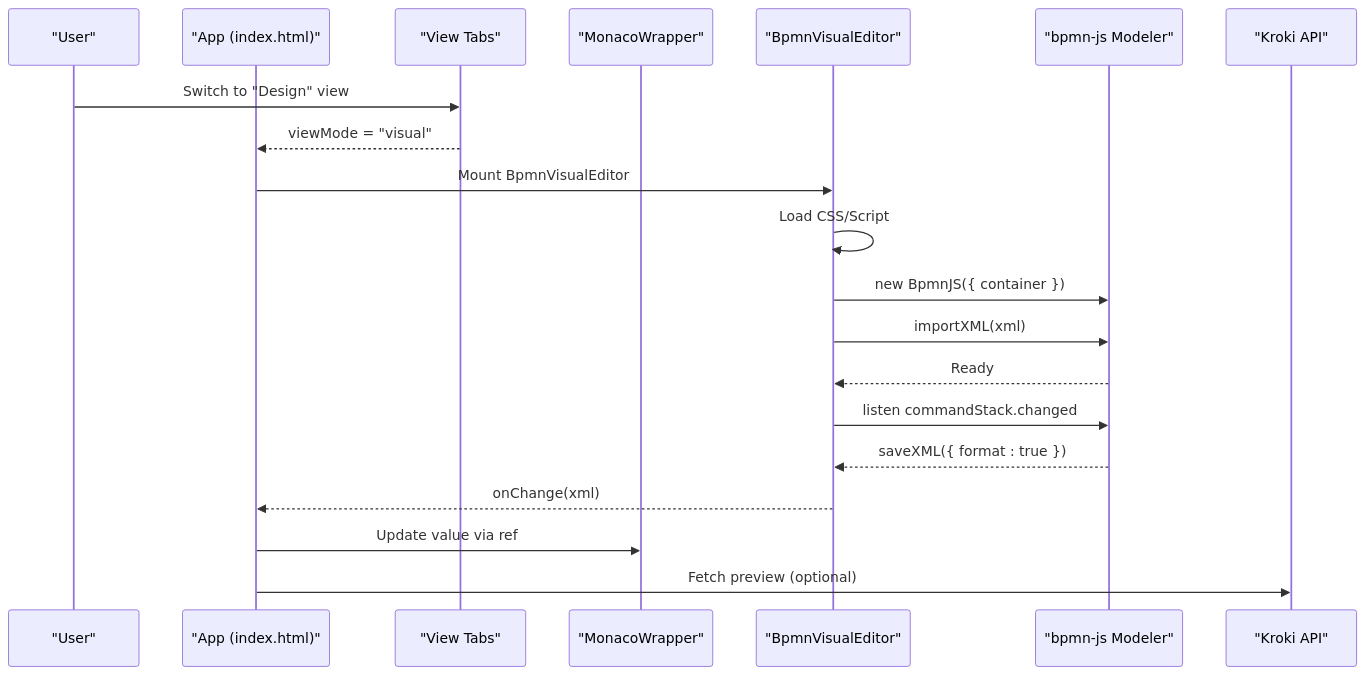
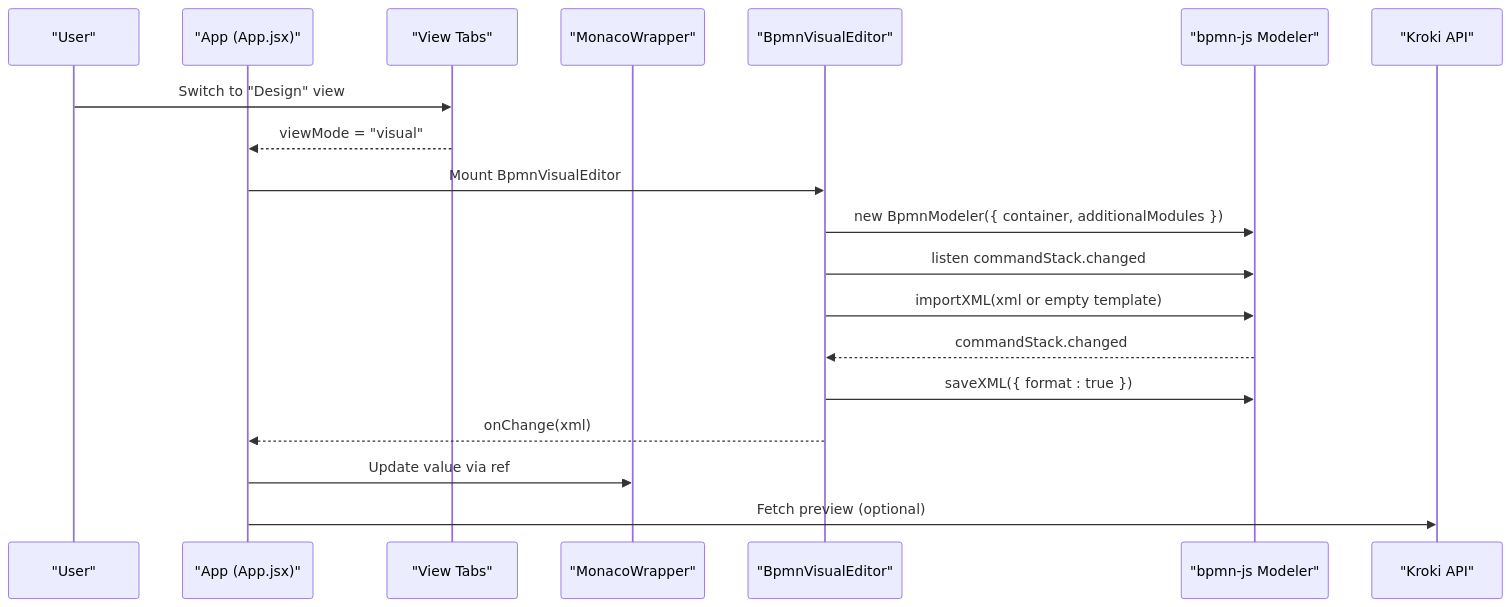
Before and after one commit to ongchonghian/universal-diagram-editor: the second of 6 diagrams in .qoder/repowiki/en/content/Diagram Types and Formats/BPMN (Business Process Model and Notation).md, drawn with Mermaid. The commit also changed other lines of this file and 31 other files, not shown here.

````diff
--- a/.qoder/repowiki/en/content/Diagram Types and Formats/BPMN (Business Process Model and Notation).md
+++ b/.qoder/repowiki/en/content/Diagram Types and Formats/BPMN (Business Process Model and Notation).md
@@ -92,22 +93,21 @@
 ```mermaid
 sequenceDiagram
 participant User as "User"
-participant App as "App (index.html)"
+participant App as "App (App.jsx)"
 participant Tabs as "View Tabs"
 participant Monaco as "MonacoWrapper"
 participant BpmnVis as "BpmnVisualEditor"
 participant BpmnJS as "bpmn-js Modeler"
 participant Kroki as "Kroki API"
 User->>Tabs : Switch to "Design" view
 Tabs-->>App : viewMode = "visual"
 App->>BpmnVis : Mount BpmnVisualEditor
-BpmnVis->>BpmnVis : Load CSS/Script
-BpmnVis->>BpmnJS : new BpmnJS({ container })
-BpmnVis->>BpmnJS : importXML(xml)
-BpmnJS-->>BpmnVis : Ready
+BpmnVis->>BpmnJS : new BpmnModeler({ container, additionalModules })
 BpmnVis->>BpmnJS : listen commandStack.changed
-BpmnJS-->>BpmnVis : saveXML({ format : true })
+BpmnVis->>BpmnJS : importXML(xml or empty template)
+BpmnJS-->>BpmnVis : commandStack.changed
+BpmnVis->>BpmnJS : saveXML({ format : true })
 BpmnVis-->>App : onChange(xml)
 App->>Monaco : Update value via ref
 App->>Kroki : Fetch preview (optional)
 ```
````
